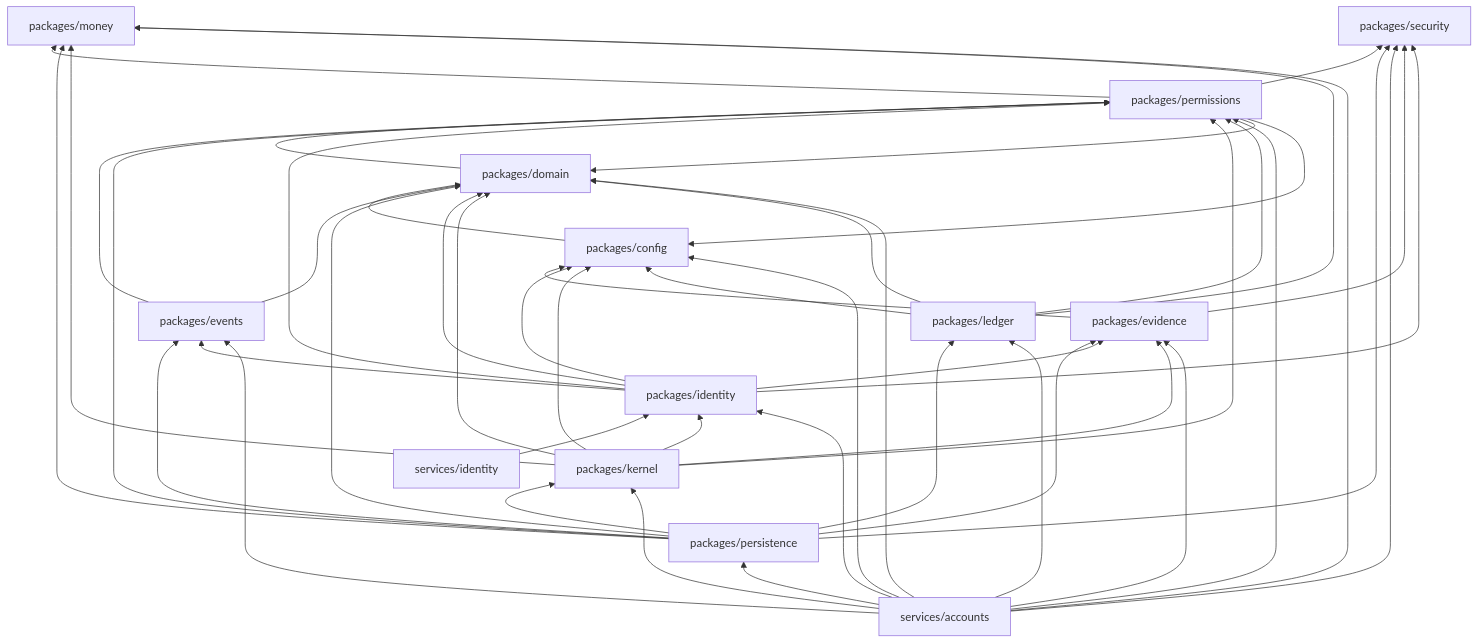
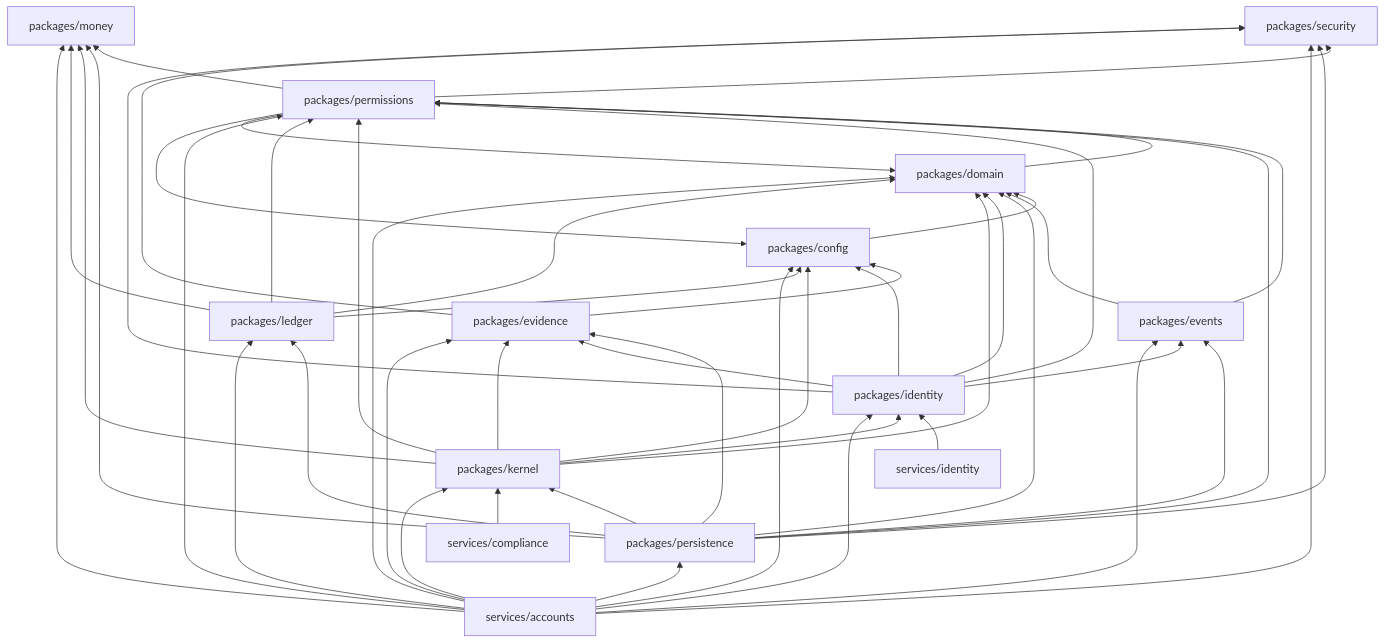
Before and after one commit to reyesnick54/solstice: the second of 2 diagrams in docs/architecture/constitution.md, drawn with Mermaid. The commit also changed other lines of this file and 59 other files, not shown here.

````diff
--- a/docs/architecture/constitution.md
+++ b/docs/architecture/constitution.md
@@ -319,63 +321,65 @@
 ```mermaid
 flowchart BT
   money["packages/money"]
   security["packages/security"]
   config["packages/config"]
   domain["packages/domain"]
   events["packages/events"]
   evidence["packages/evidence"]
   permissions["packages/permissions"]
   identity["packages/identity"]
   kernel["packages/kernel"]
   ledger["packages/ledger"]
   accounts["services/accounts"]
   identitySvc["services/identity"]
+  complianceSvc["services/compliance"]
 
   config --> domain
   domain --> permissions
   permissions --> domain
   permissions --> money
   permissions --> config
   permissions --> security
   events --> domain
   events --> permissions
   persistence["packages/persistence"]
   persistence --> domain
   persistence --> evidence
   persistence --> events
   persistence --> ledger
   persistence --> permissions
   persistence --> money
   persistence --> kernel
   persistence --> security
   accounts --> persistence
   accounts --> security
   evidence --> config
   evidence --> security
   identity --> domain
   identity --> security
   identity --> permissions
   identity --> config
   identity --> evidence
   identity --> events
   identitySvc --> identity
+  complianceSvc --> kernel
   kernel --> config
   kernel --> evidence
   kernel --> permissions
   kernel --> domain
   kernel --> money
   kernel --> identity
   ledger --> config
   ledger --> permissions
   ledger --> domain
   ledger --> money
   accounts --> domain
   accounts --> evidence
   accounts --> events
   accounts --> kernel
   accounts --> ledger
   accounts --> permissions
   accounts --> config
   accounts --> money
   accounts --> identity
 ```
````
